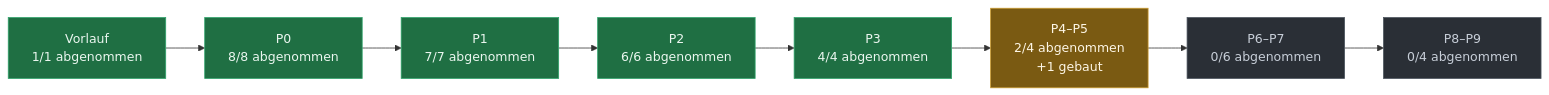
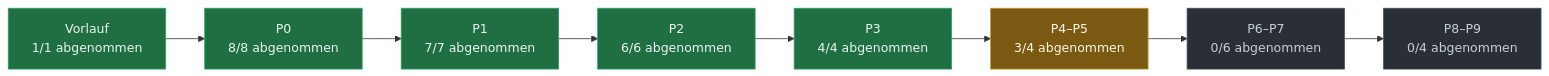
One commit to evenacadia-tech/Nakama changed the diagram in docs/PLAN-STAND.md. Above: the diagram before and after it, drawn with Mermaid. The commit also changed other lines of this file and 8 other files, not shown here.

````diff
--- a/docs/PLAN-STAND.md
+++ b/docs/PLAN-STAND.md
@@ -37,21 +38,21 @@
 ```mermaid
 flowchart LR
   P0["Vorlauf<br/>1/1 abgenommen"]:::fertig
   P1["P0<br/>8/8 abgenommen"]:::fertig
   P0 --> P1
   P2["P1<br/>7/7 abgenommen"]:::fertig
   P1 --> P2
   P3["P2<br/>6/6 abgenommen"]:::fertig
   P2 --> P3
   P4["P3<br/>4/4 abgenommen"]:::fertig
   P3 --> P4
-  P5["P4–P5<br/>2/4 abgenommen<br/>+1 gebaut"]:::laeuft
+  P5["P4–P5<br/>3/4 abgenommen"]:::laeuft
   P4 --> P5
   P6["P6–P7<br/>0/6 abgenommen"]:::offen
   P5 --> P6
   P7["P8–P9<br/>0/4 abgenommen"]:::offen
   P6 --> P7
   classDef fertig fill:#1f6f43,stroke:#2ea36a,color:#eaf6ef
   classDef laeuft fill:#7a5a12,stroke:#c99a2e,color:#fdf6e6
   classDef offen  fill:#2a2f36,stroke:#4a525c,color:#c7ced8
 ```
````
